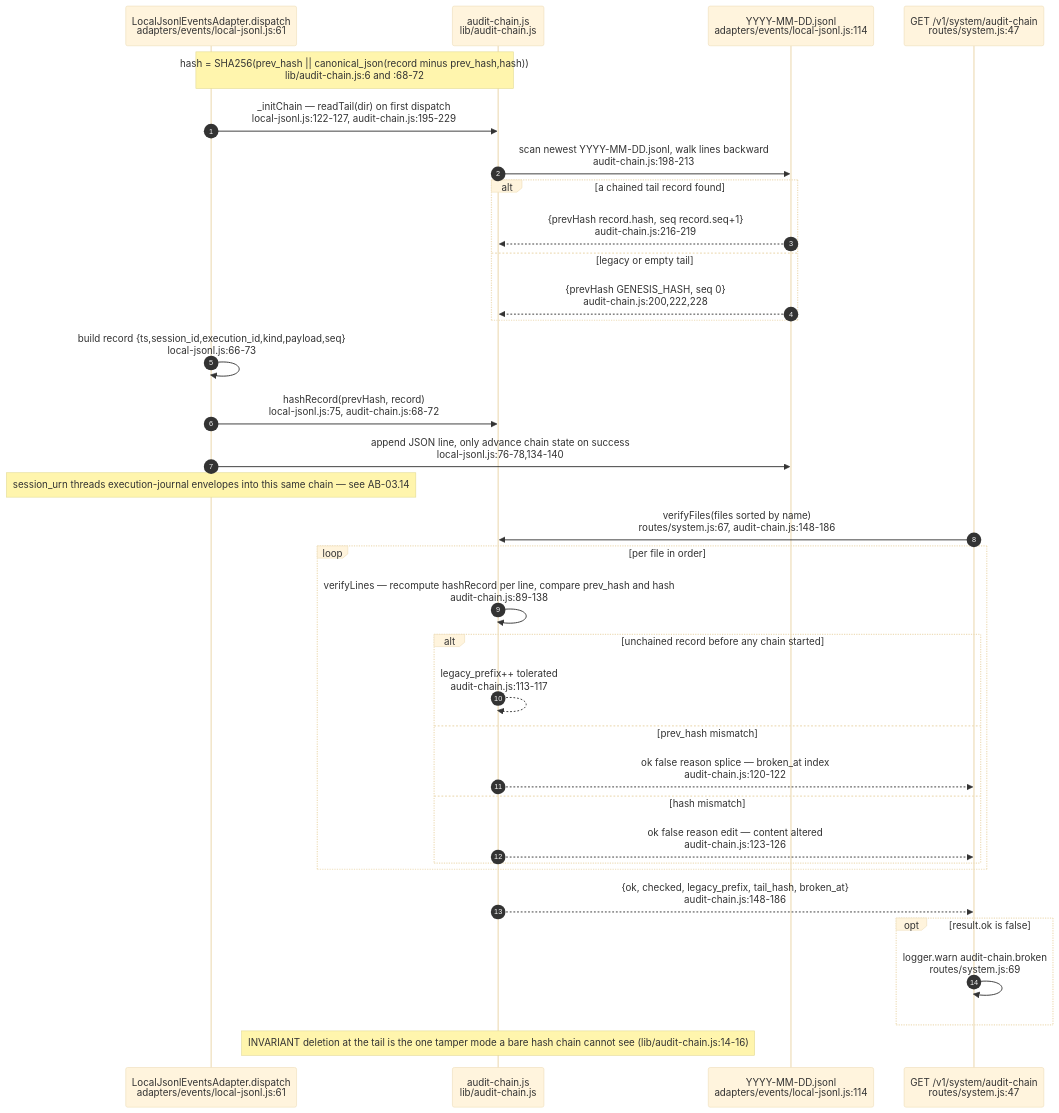
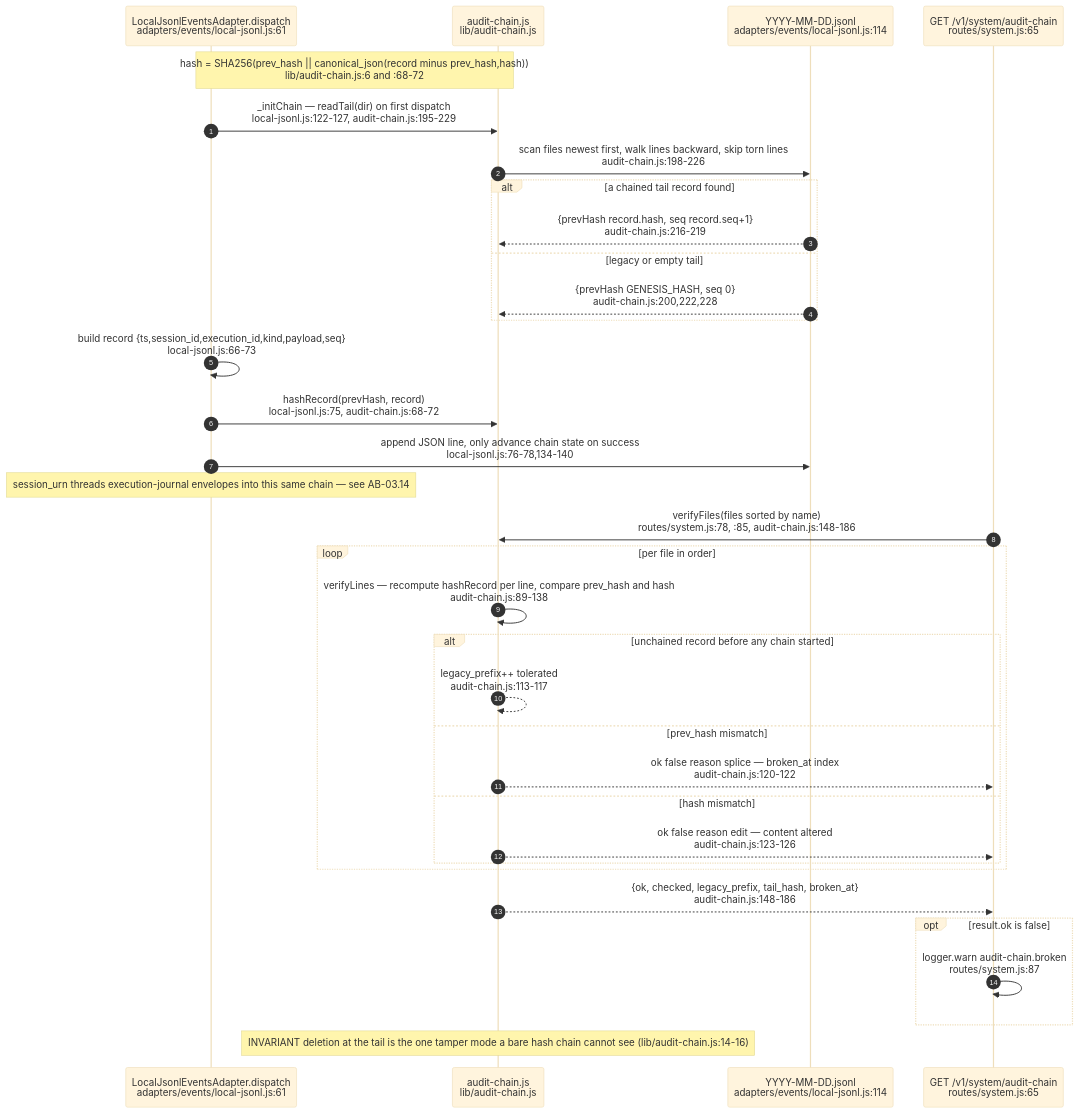
One commit to DreamLab-AI/VisionFlow changed diagram 12 of 17 in docs/diagrams/agentbox/03-management-api-request-lifecycle.md. Above: the diagram before and after it, drawn with Mermaid (base theme). The commit also changed other lines of this file and 173 other files, not shown here.

````diff
--- a/docs/diagrams/agentbox/03-management-api-request-lifecycle.md
+++ b/docs/diagrams/agentbox/03-management-api-request-lifecycle.md
@@ -463,38 +486,38 @@
 ```mermaid
 sequenceDiagram
     autonumber
     participant Adapter as LocalJsonlEventsAdapter.dispatch<br/>adapters/events/local-jsonl.js:61
     participant Chain as audit-chain.js<br/>lib/audit-chain.js
     participant Disk as YYYY-MM-DD.jsonl<br/>adapters/events/local-jsonl.js:114
-    participant Sys as GET /v1/system/audit-chain<br/>routes/system.js:47
+    participant Sys as GET /v1/system/audit-chain<br/>routes/system.js:65
 
     Note over Adapter,Chain: hash = SHA256(prev_hash || canonical_json(record minus prev_hash,hash))<br/>lib/audit-chain.js:6 and :68-72
     Adapter->>Chain: _initChain — readTail(dir) on first dispatch<br/>local-jsonl.js:122-127, audit-chain.js:195-229
-    Chain->>Disk: scan newest YYYY-MM-DD.jsonl, walk lines backward<br/>audit-chain.js:198-213
+    Chain->>Disk: scan files newest first, walk lines backward, skip torn lines<br/>audit-chain.js:198-226
     alt a chained tail record found
         Disk-->>Chain: {prevHash record.hash, seq record.seq+1}<br/>audit-chain.js:216-219
     else legacy or empty tail
         Disk-->>Chain: {prevHash GENESIS_HASH, seq 0}<br/>audit-chain.js:200,222,228
     end
     Adapter->>Adapter: build record {ts,session_id,execution_id,kind,payload,seq}<br/>local-jsonl.js:66-73
     Adapter->>Chain: hashRecord(prevHash, record)<br/>local-jsonl.js:75, audit-chain.js:68-72
     Adapter->>Disk: append JSON line, only advance chain state on success<br/>local-jsonl.js:76-78,134-140
     Note over Adapter: session_urn threads execution-journal envelopes into this same chain — see AB-03.14
 
-    Sys->>Chain: verifyFiles(files sorted by name)<br/>routes/system.js:67, audit-chain.js:148-186
+    Sys->>Chain: verifyFiles(files sorted by name)<br/>routes/system.js:78, :85, audit-chain.js:148-186
     loop per file in order
         Chain->>Chain: verifyLines — recompute hashRecord per line, compare prev_hash and hash<br/>audit-chain.js:89-138
         alt unchained record before any chain started
             Chain-->>Chain: legacy_prefix++ tolerated<br/>audit-chain.js:113-117
         else prev_hash mismatch
             Chain-->>Sys: ok false reason splice — broken_at index<br/>audit-chain.js:120-122
         else hash mismatch
             Chain-->>Sys: ok false reason edit — content altered<br/>audit-chain.js:123-126
         end
     end
     Chain-->>Sys: {ok, checked, legacy_prefix, tail_hash, broken_at}<br/>audit-chain.js:148-186
     opt result.ok is false
-        Sys->>Sys: logger.warn audit-chain.broken<br/>routes/system.js:69
+        Sys->>Sys: logger.warn audit-chain.broken<br/>routes/system.js:87
     end
     Note over Chain: INVARIANT deletion at the tail is the one tamper mode a bare hash chain cannot see (lib/audit-chain.js:14-16)
 ```
````
